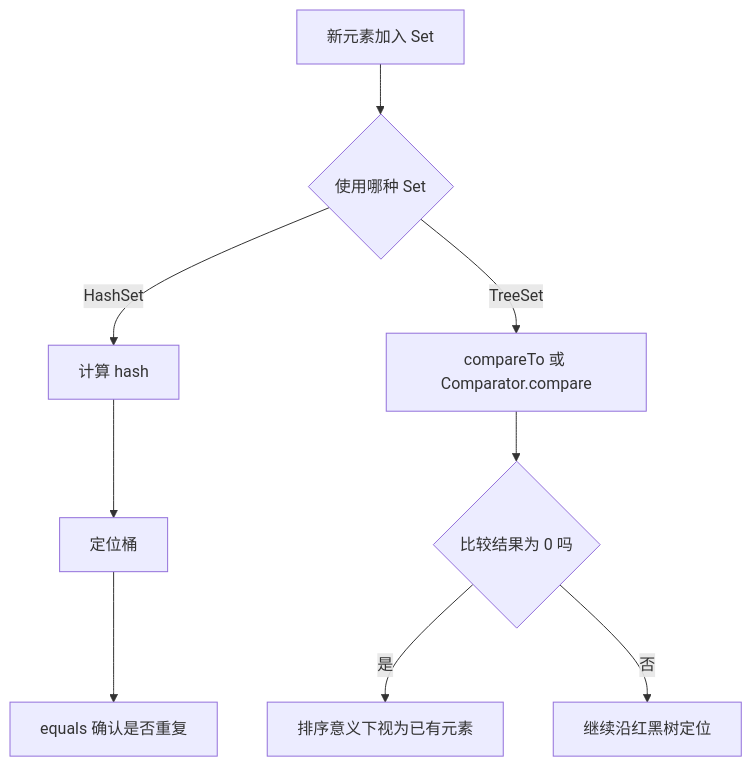
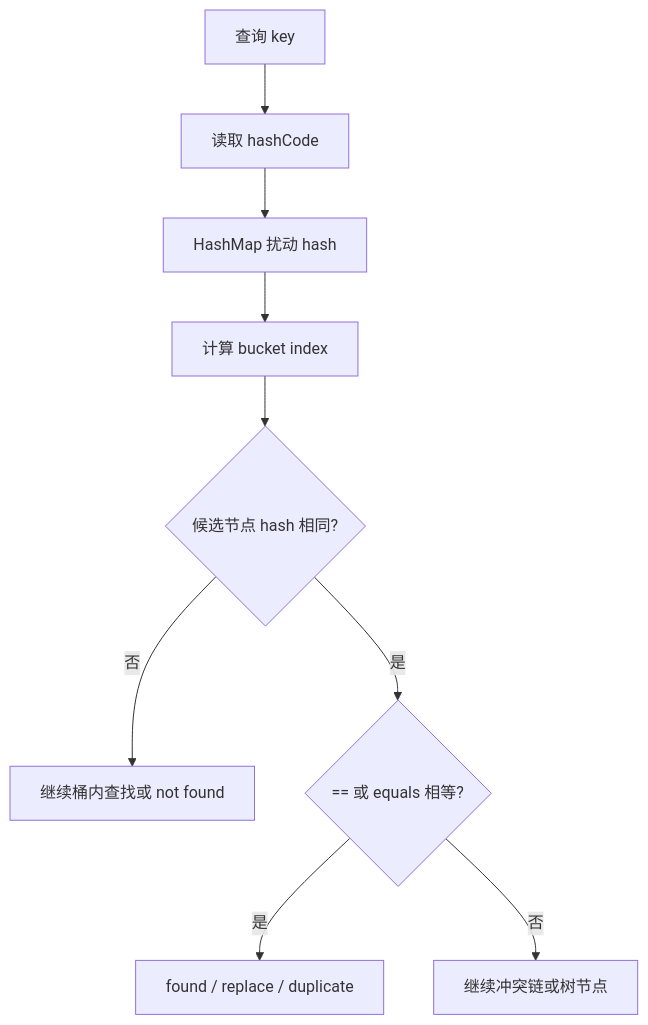
One commit to xuegucheng/java-tech-review changed the diagram in 02-collections/deep-dive/hash-collections-and-set-contract.md. Above: the diagram before and after it, drawn with Mermaid. The commit also changed other lines of this file and 40 other files, not shown here.

````diff
--- a/02-collections/deep-dive/hash-collections-and-set-contract.md
+++ b/02-collections/deep-dive/hash-collections-and-set-contract.md
@@ -823,13 +29,11 @@
 ```mermaid
 flowchart TD
-    A[新元素加入 Set] --> B{使用哪种 Set}
-
-    B -- HashSet --> C[计算 hash]
-    C --> D[定位桶]
-    D --> E[equals 确认是否重复]
-
-    B -- TreeSet --> F[compareTo 或 Comparator.compare]
-    F --> G{比较结果为 0 吗}
-    G -- 是 --> H[排序意义下视为已有元素]
-    G -- 否 --> I[继续沿红黑树定位]
+    A[查询 key] --> B[读取 hashCode]
+    B --> C[HashMap 扰动 hash]
+    C --> D[计算 bucket index]
+    D --> E{候选节点 hash 相同?}
+    E -- 否 --> F[继续桶内查找或 not found]
+    E -- 是 --> G{== 或 equals 相等?}
+    G -- 是 --> H[found / replace / duplicate]
+    G -- 否 --> I[继续冲突链或树节点]
 ```
````
